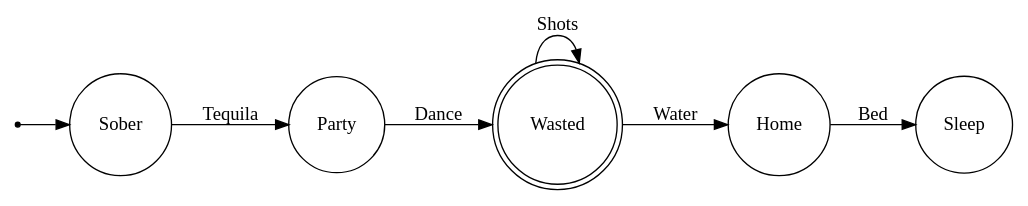
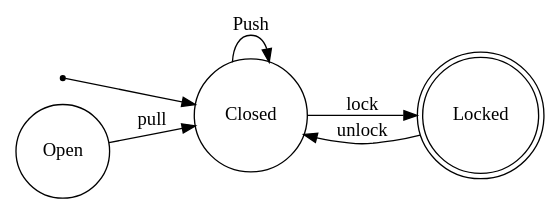
The diagram in bin/graph.gv (P4-Group2-Compiler/P4-State-Lang), drawn with Graphviz before and after one commit. The commit also changed 2 other files, not shown here.

Commit message:
merged with silke/dotsyntax

```diff
--- a/bin/graph.gv
+++ b/bin/graph.gv
@@ -1,12 +1,11 @@
-digraph Silke {
+digraph Door {
  rankdir = LR;
  node [shape = circle;];
  null [shape = point;];
-null -> Sober;
-Sober -> Party [label="Tequila"];
-Party -> Wasted [label="Dance"];
-Home -> Sleep [label="Bed"];
-Wasted -> Wasted [label="Shots"];
-Wasted -> Home [label="Water"];
-Wasted [shape = doublecircle;];
+null -> Closed;
+Closed -> Closed [label="Push"];
+Closed -> Locked [label="lock"];
+Open -> Closed [label="pull"];
+Locked -> Closed [label="unlock"];
+Locked [shape = doublecircle;];
 }
```
